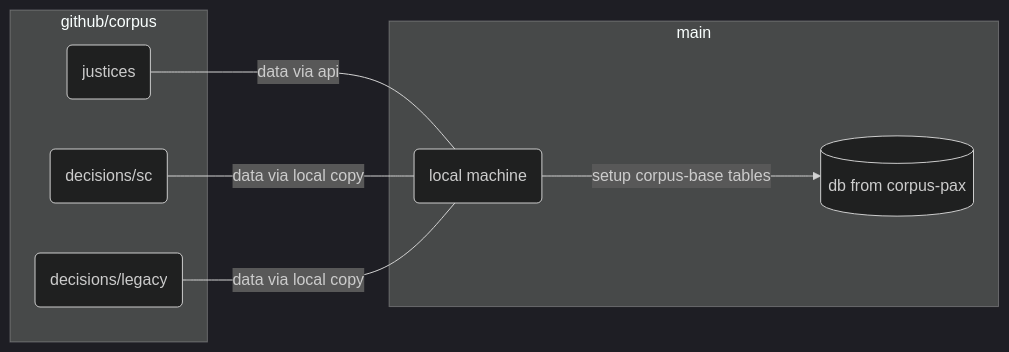
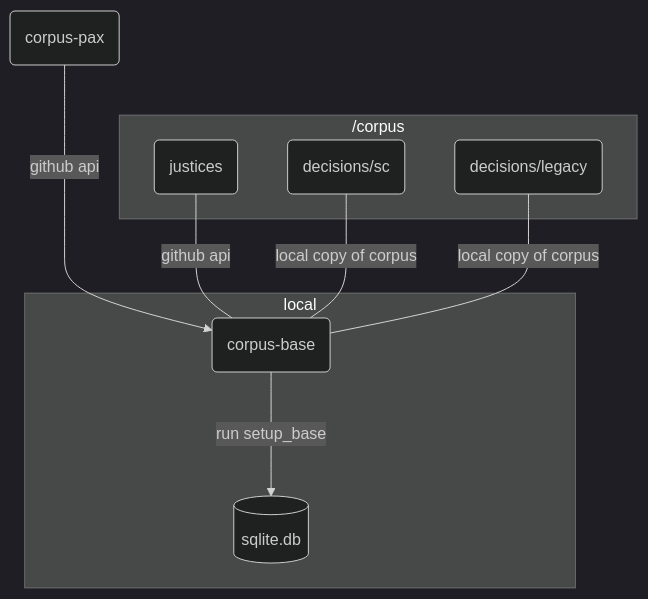
The diagram in README.md (justmars/corpus-base), drawn with Mermaid (dark theme) before and after one commit. The commit also changed other lines of this file and 9 other files, not shown here.

````diff
--- a/README.md
+++ b/README.md
@@ -3,12 +5,15 @@
 ```mermaid
-flowchart LR
-
-subgraph main
-  local(local machine)--setup corpus-base tables--->db[(db from corpus-pax)]
+flowchart TD
+pax(corpus-pax)--github api--->sc
+subgraph /corpus
+  1(justices)
+  2(decisions/sc)
+  3(decisions/legacy)
 end
-subgraph github/corpus
-  folder1(justices)--data via api---local
-  folder2(decisions/sc)--data via local copy---local
-  folder3(decisions/legacy)--data via local copy---local
+subgraph local
+  1--github api---sc
+  2--local copy of corpus---sc
+  3--local copy of corpus---sc
+  sc(corpus-base)--run setup_base--->db[(sqlite.db)]
 end
 ```
````
